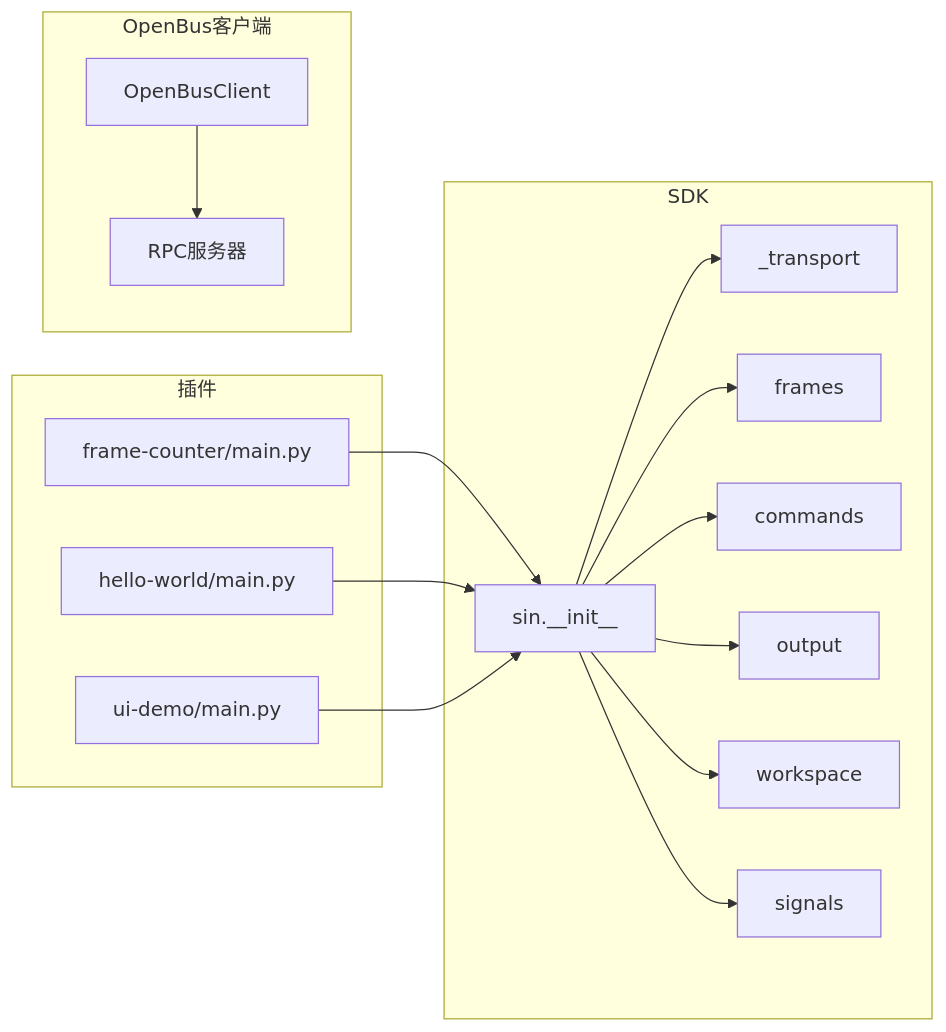
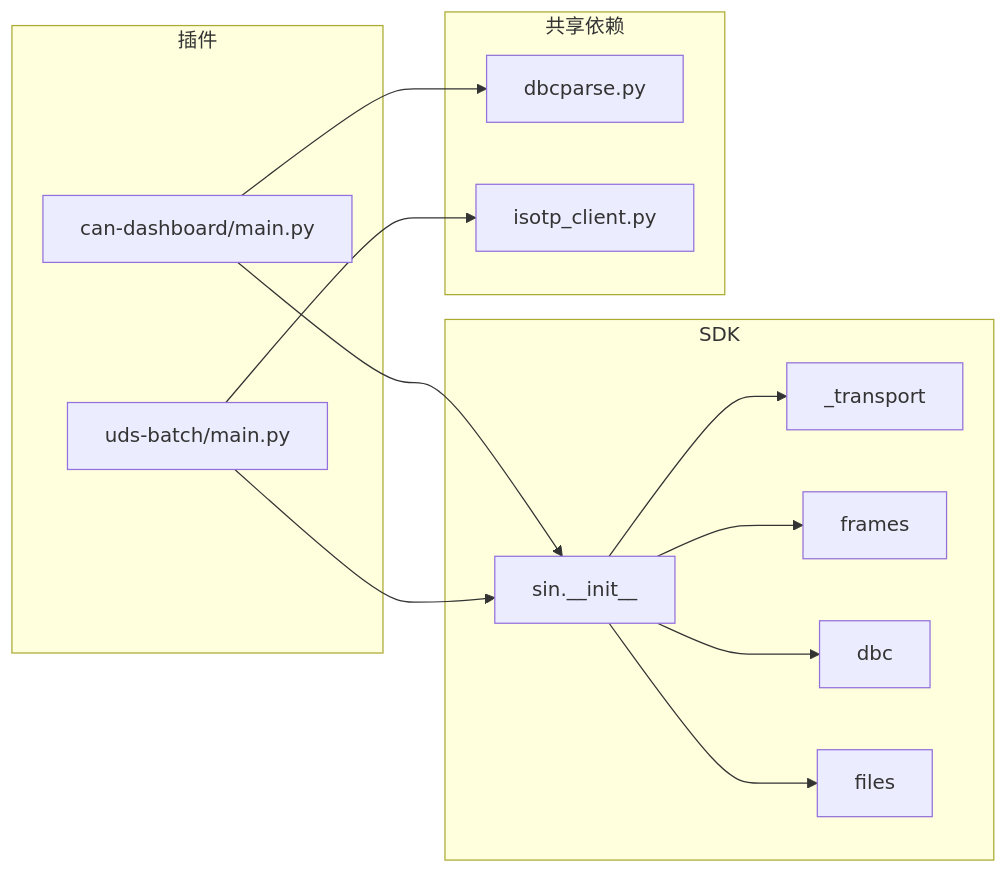
The seventh of 7 diagrams in .qoder/repowiki/zh/content/开发指南/Python SDK开发指南.md (jakecai1225-design/OpenBus), drawn with Mermaid before and after one commit. The commit also changed other lines of this file and 151 other files, not shown here.

````diff
--- a/.qoder/repowiki/zh/content/开发指南/Python SDK开发指南.md
+++ b/.qoder/repowiki/zh/content/开发指南/Python SDK开发指南.md
@@ -406,31 +425,26 @@
 ```mermaid
 graph LR
 subgraph "插件"
-PC["frame-counter/main.py"]
-PH["hello-world/main.py"]
-PU["ui-demo/main.py"]
+CD["can-dashboard/main.py"]
+UB["uds-batch/main.py"]
 end
 subgraph "SDK"
 SIN["sin.__init__"]
 TR["_transport"]
 FR["frames"]
-CM["commands"]
-OP["output"]
-WS["workspace"]
-SG["signals"]
+DB["dbc"]
+FI["files"]
 end
-subgraph "OpenBus客户端"
-OBC["OpenBusClient"]
-RS["RPC服务器"]
+subgraph "共享依赖"
+DP["dbcparse.py"]
+IT["isotp_client.py"]
 end
-PC --> SIN
-PH --> SIN
-PU --> SIN
+CD --> SIN
+CD --> DP
+UB --> SIN
+UB --> IT
 SIN --> TR
 SIN --> FR
-SIN --> CM
-SIN --> OP
-SIN --> WS
-SIN --> SG
-OBC --> RS
+SIN --> DB
+SIN --> FI
 ```
````
